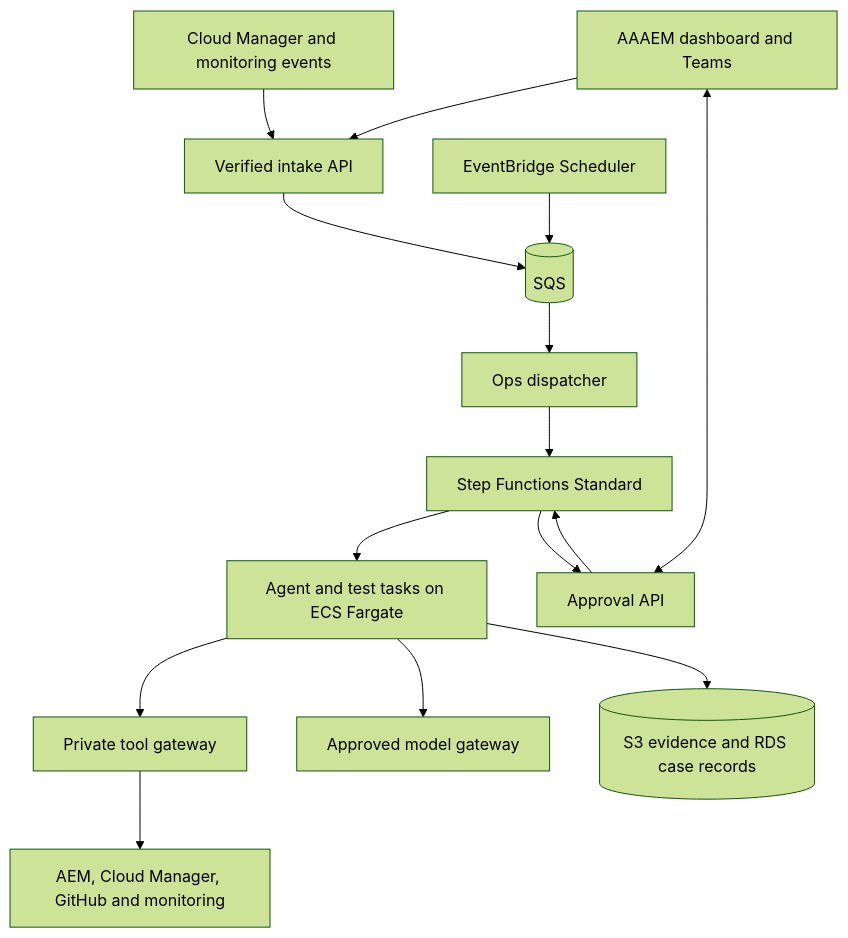
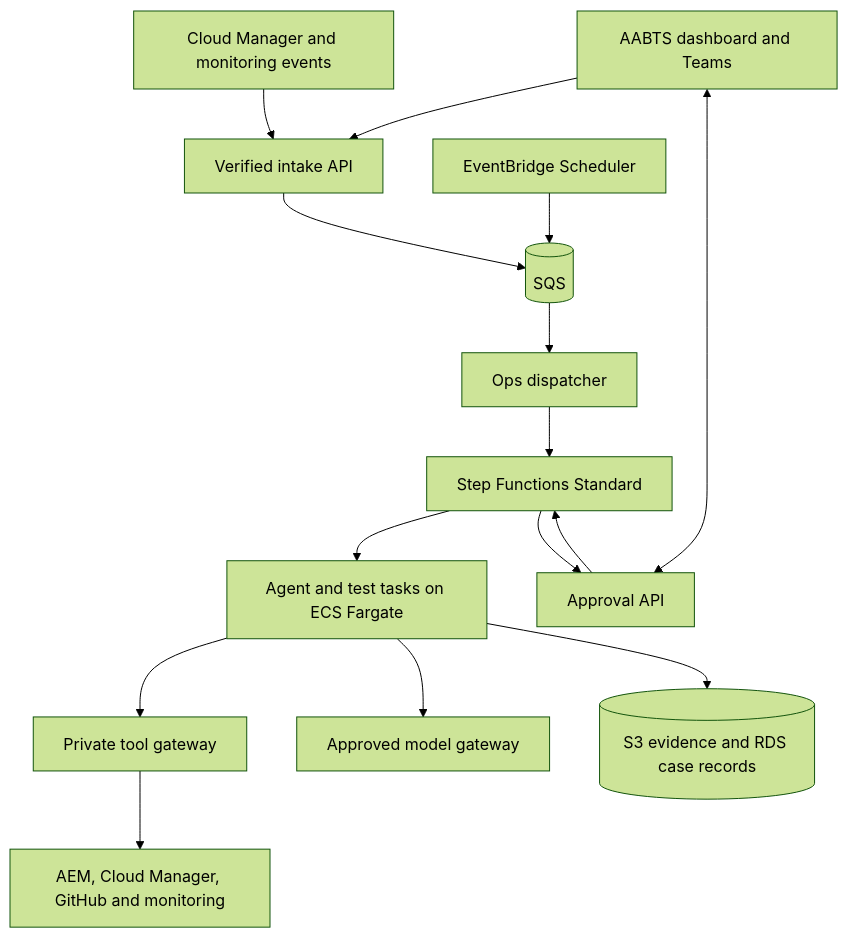
The second of 2 diagrams in docs/SOLUTION_DESIGN.md (ramkarthik77/agentic-platform), drawn with Mermaid (forest theme) before and after one commit. The commit also changed other lines of this file, not shown here.

Commit message:
Rebrand AABTS product-facing references in docs/SOLUTION_DESIGN.md

````diff
--- a/docs/SOLUTION_DESIGN.md
+++ b/docs/SOLUTION_DESIGN.md
@@ -99,17 +99,17 @@
 ```mermaid
 flowchart TB
     External["Cloud Manager and monitoring events"] --> Intake["Verified intake API"]
-    UI["AAAEM dashboard and Teams"] --> Intake
+    UI["AABTS dashboard and Teams"] --> Intake
     Schedule["EventBridge Scheduler"] --> Queue[("SQS")]
     Intake --> Queue
     Queue --> Dispatcher["Ops dispatcher"]
     Dispatcher --> Workflow["Step Functions Standard"]
     Workflow --> Agents["Agent and test tasks on ECS Fargate"]
     Workflow --> Approval["Approval API"]
     UI <--> Approval
     Approval --> Workflow
     Agents --> Gateway["Private tool gateway"]
     Agents --> Model["Approved model gateway"]
     Gateway --> Systems["AEM, Cloud Manager, GitHub and monitoring"]
     Agents --> Evidence[("S3 evidence and RDS case records")]
 ```
````
